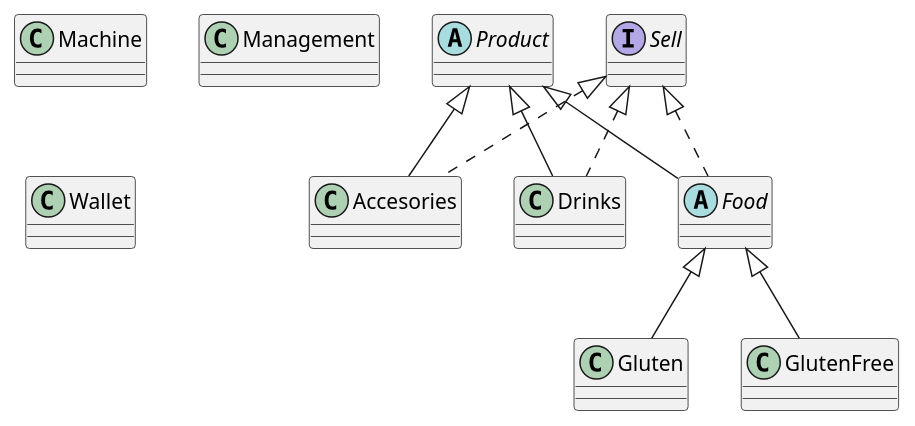
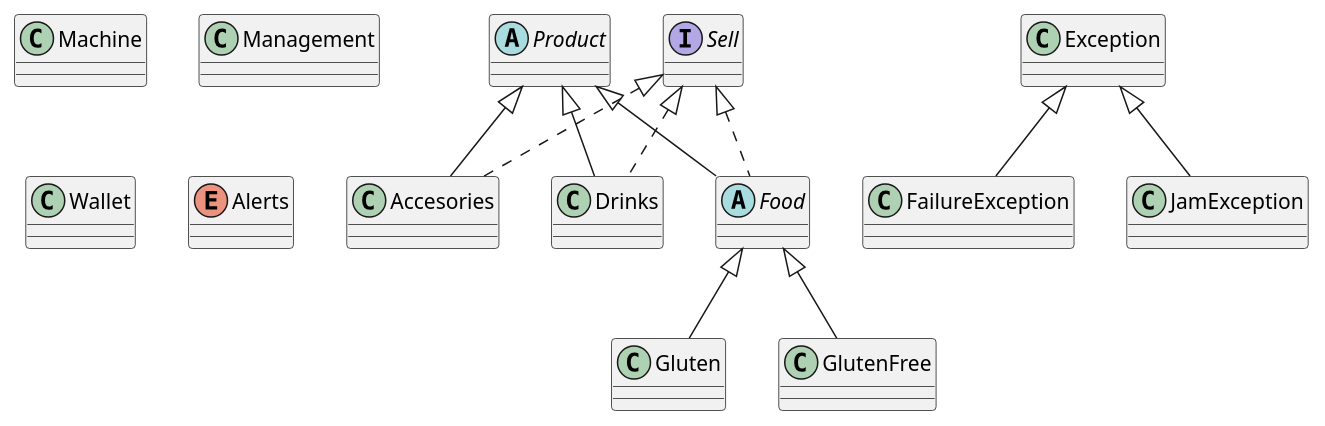
One commit to srgiom/Maquina-Expendedora changed the diagram in src/main/docs/MaquinaExpendedora.puml. Above: the diagram before and after it, drawn with PlantUML. The commit also changed 3 other files, not shown here.

```diff
--- a/src/main/docs/MaquinaExpendedora.puml
+++ b/src/main/docs/MaquinaExpendedora.puml
@@ -1,23 +1,31 @@
 @startuml
 class Accesories extends Product implements Sell{
 }
 class Drinks extends Product implements Sell{
 }
 abstract Food extends Product implements Sell{
 }
 class Gluten extends Food{
 }
 class GlutenFree extends Food{
 }
 class Machine{
 }
 class Management{
 }
 abstract Product{
 }
 class Wallet{
 }
 interface Sell{
 }
+enum Alerts{
+}
+class FailureException extends Exception{
+}
+class JamException extends Exception{
+}
+
+
 
 @enduml
```
